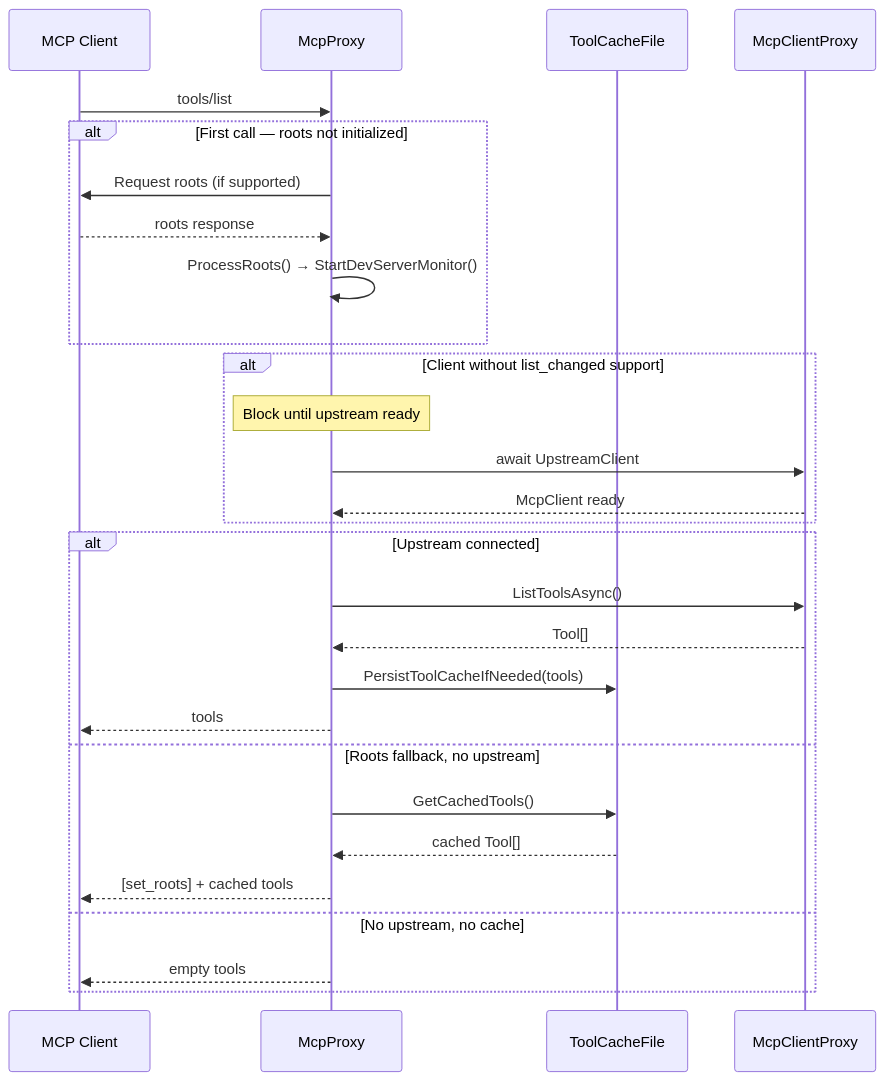
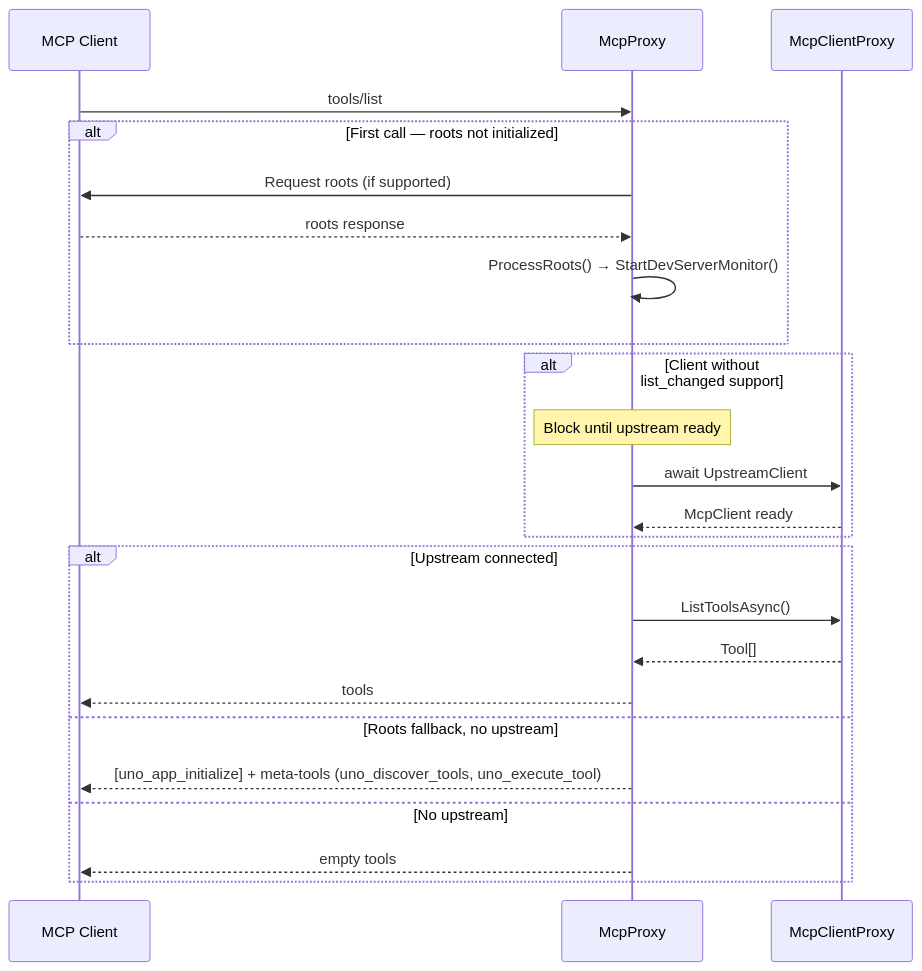
Before and after one commit to unoplatform/uno: the seventh of 12 diagrams in specs/001-fast-devserver-startup/spec-appendix-a-startup-workflow.md, drawn with Mermaid. The commit also changed other lines of this file and 13 other files, not shown here.

First line of the commit message:
feat(devserver): add meta-tools for MCP clients without tools/list_changed

````diff
--- a/specs/001-fast-devserver-startup/spec-appendix-a-startup-workflow.md
+++ b/specs/001-fast-devserver-startup/spec-appendix-a-startup-workflow.md
@@ -329,34 +329,30 @@
 ```mermaid
 sequenceDiagram
     participant Client as MCP Client
     participant Proxy as McpProxy
-    participant Cache as ToolCacheFile
     participant Upstream as McpClientProxy
 
     Client->>Proxy: tools/list
 
     alt First call — roots not initialized
         Proxy->>Client: Request roots (if supported)
         Client-->>Proxy: roots response
         Proxy->>Proxy: ProcessRoots() → StartDevServerMonitor()
     end
 
     alt Client without list_changed support
         Note over Proxy: Block until upstream ready
         Proxy->>Upstream: await UpstreamClient
         Upstream-->>Proxy: McpClient ready
     end
 
     alt Upstream connected
         Proxy->>Upstream: ListToolsAsync()
         Upstream-->>Proxy: Tool[]
-        Proxy->>Cache: PersistToolCacheIfNeeded(tools)
         Proxy-->>Client: tools
     else Roots fallback, no upstream
-        Proxy->>Cache: GetCachedTools()
-        Cache-->>Proxy: cached Tool[]
-        Proxy-->>Client: [set_roots] + cached tools
-    else No upstream, no cache
+        Proxy-->>Client: [uno_app_initialize] + meta-tools (uno_discover_tools, uno_execute_tool)
+    else No upstream
         Proxy-->>Client: empty tools
     end
 ```
````
